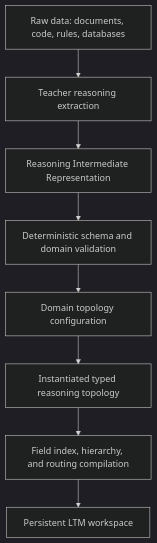
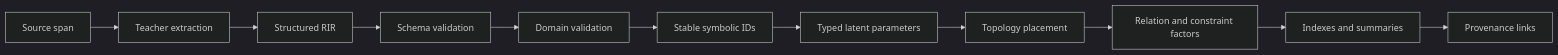
Before and after one commit to rishi-ie/LTM: the second of 8 diagrams in docs/architecture.md, drawn with Mermaid (dark theme). The commit also changed other lines of this file, not shown here.

````diff
--- a/docs/architecture.md
+++ b/docs/architecture.md
@@ -239,10 +543,13 @@
 ```mermaid
-flowchart TD
-    A["Raw data: documents, code, rules, databases"] --> B["Teacher reasoning extraction"]
-    B --> C["Reasoning Intermediate Representation"]
-    C --> D["Deterministic schema and domain validation"]
-    D --> E["Domain topology configuration"]
-    E --> F["Instantiated typed reasoning topology"]
-    F --> G["Field index, hierarchy, and routing compilation"]
-    G --> H["Persistent LTM workspace"]
+flowchart LR
+    A["Source span"] --> B["Teacher extraction"]
+    B --> C["Structured RIR"]
+    C --> D["Schema validation"]
+    D --> E["Domain validation"]
+    E --> F["Stable symbolic IDs"]
+    F --> G["Typed latent parameters"]
+    G --> H["Topology placement"]
+    H --> I["Relation and constraint factors"]
+    I --> J["Indexes and summaries"]
+    J --> K["Provenance links"]
 ```
````
